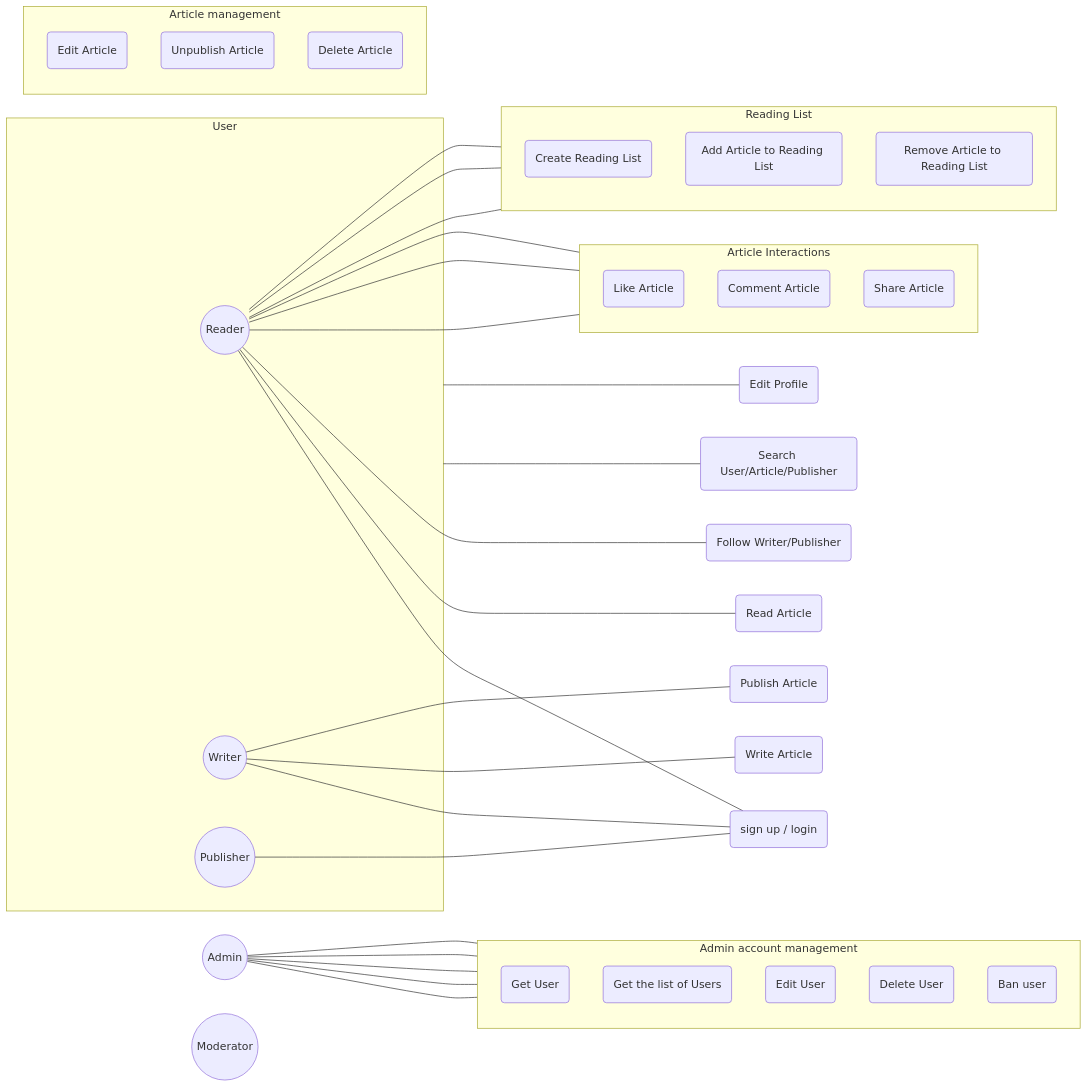
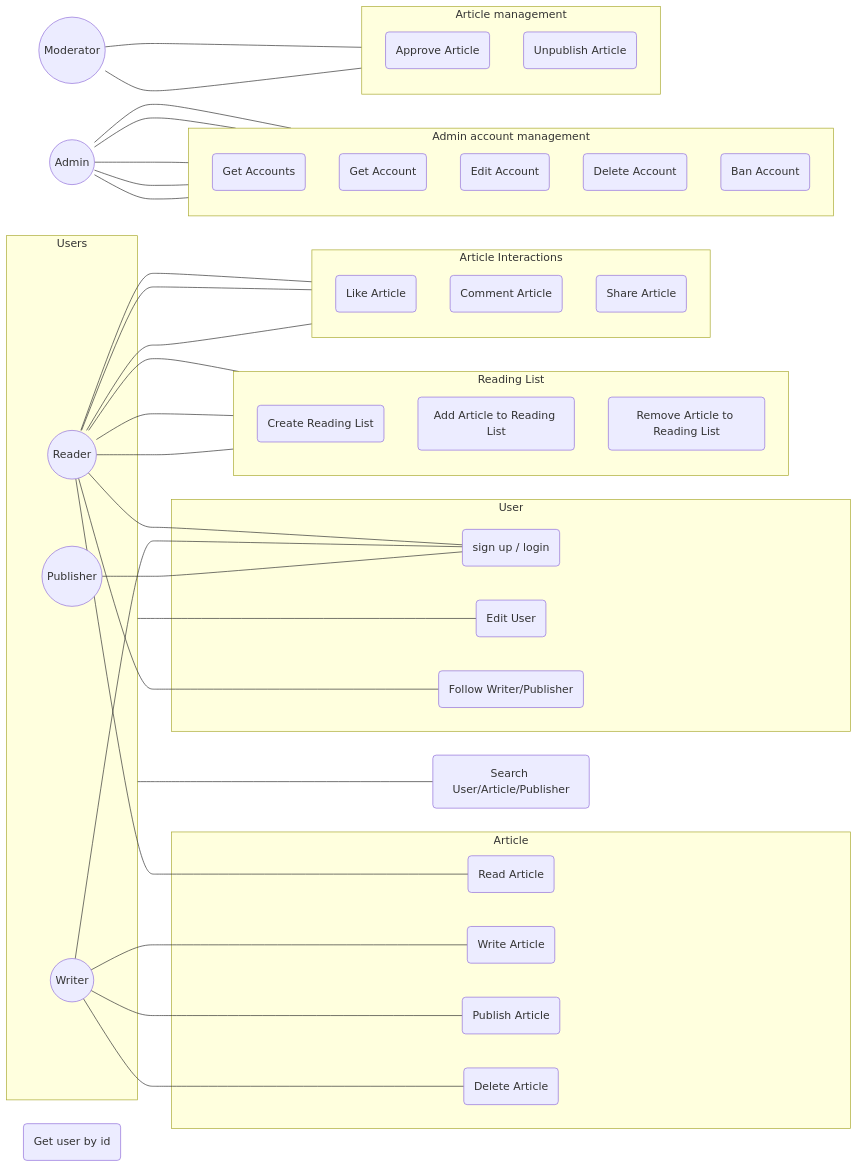
The first of 6 diagrams in Capstone/Diagrams.md (4ry1337/my-obsidian), drawn with Mermaid before and after one commit. The commit also changed 1 other file, not shown here.

Commit message:
vault backup: 2024-01-16 21:58:11

````diff
--- a/Capstone/Diagrams.md
+++ b/Capstone/Diagrams.md
@@ -2,6 +2,6 @@
 ```mermaid
 flowchart LR
-subgraph User
+subgraph Users
 	r((Reader))
 	w((Writer))
 	p((Publisher))
@@ -10,25 +10,32 @@
 a((Admin))
 m((Moderator))
 
-auth(sign up / login)
+subgraph User
+	auth(sign up / login)
+	editUser(Edit User)
+	follow(Follow Writer/Publisher)
+end
+
+search(Search User/Article/Publisher)
 
 r --- auth
 w --- auth
 p --- auth
+r --- follow
+Users --- search
+Users --- editUser
 
-read(Read Article)
-
-r --- read
-
-follow(Follow Writer/Publisher)
-
-r --- follow
-
-write(Write Article)
-publish(Publish Article)
+subgraph Article
+	read(Read Article)
+	write(Write Article)
+	publish(Publish Article)
+	delete(Delete Article)
+end
 
 w --- write
 w --- publish
+w --- delete
+r --- read
 
 subgraph Reading List
 	direction TB
@@ -40,12 +47,6 @@
 r --- crl
 r --- arl
 r --- rrl
-
-search(Search User/Article/Publisher)
-editProfile(Edit Profile)
-
-User --- search
-User --- editProfile
 
 getUser(Get user by id)
  
@@ -62,23 +63,24 @@
 
 subgraph Admin account management
 	direction TB
-	getUsers(Get the list of Users)
-	getUser(Get User)
-	editUser(Edit User)
-	deleteUser(Delete User)
-	banUser(Ban user)
+	getAccounts(Get Accounts)
+	getAccount(Get Account)
+	editAccount(Edit Account)
+	deleteAccount(Delete Account)
+	banAccount(Ban Account)
 end
 
-a --- getUsers
-a --- getUser
-a --- editUser
-a --- deleteUser
-a --- banUser
+a --- getAccounts
+a --- getAccount
+a --- editAccount
+a --- deleteAccount
+a --- banAccount
  
 subgraph Article management
 	direction TB
-	ediArticle(Edit Article)
+	approveArticle(Approve Article)
 	unpublishArticle(Unpublish Article)
-	deleteArticle(Delete Article)
-end 
+end
+m --- approveArticle
+m --- unpublishArticle
 ```
````
